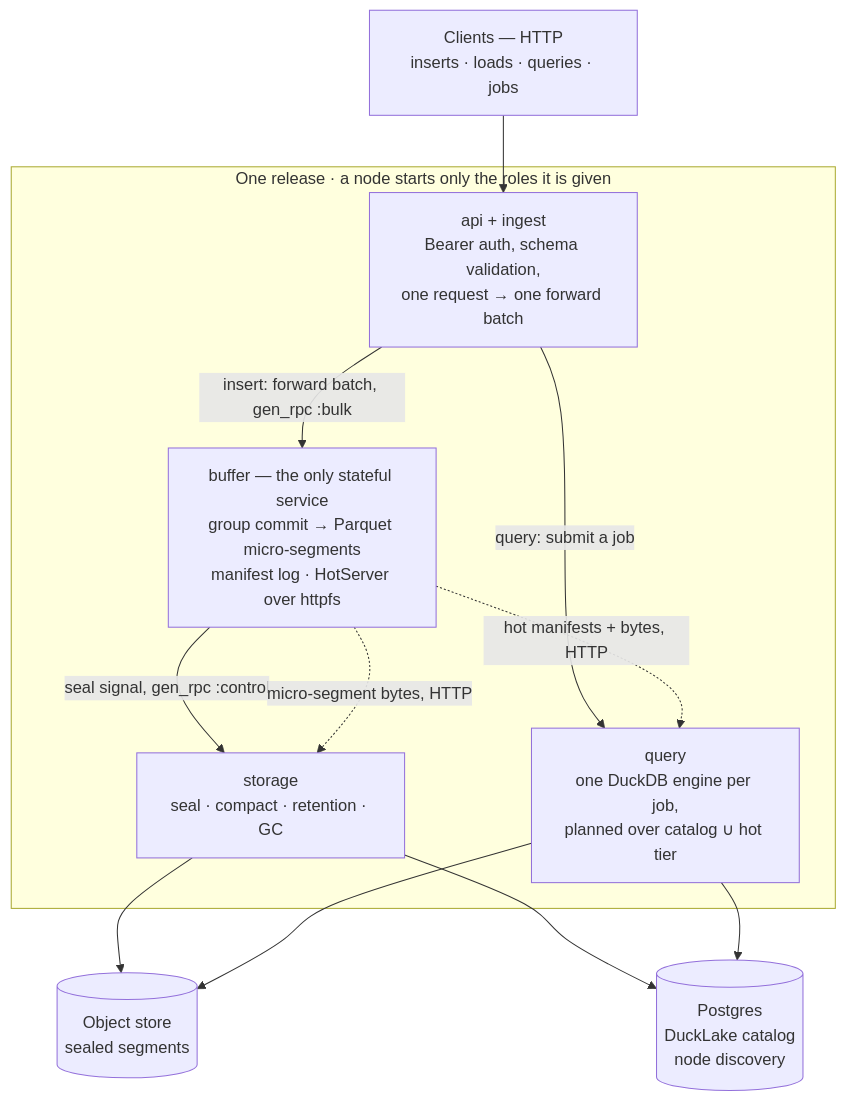
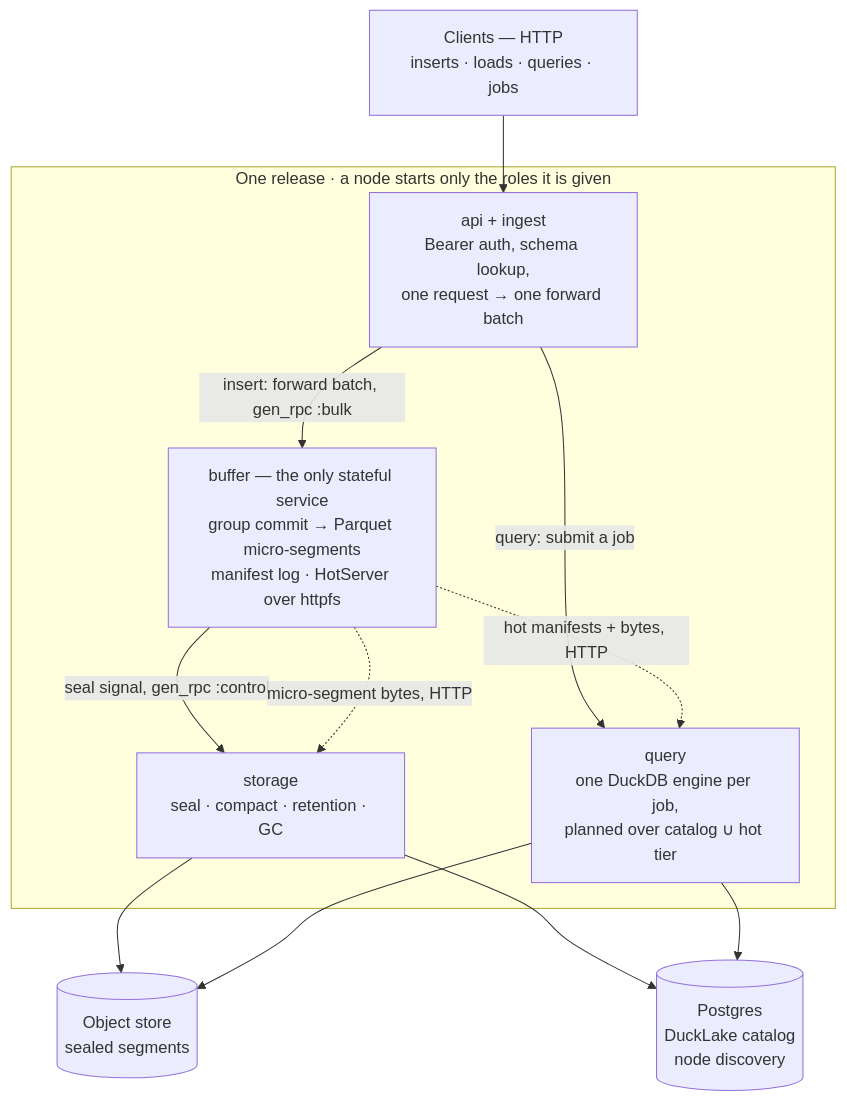
One commit to chasers/smolquery changed the first of 2 diagrams in docs/architecture.md. Above: the diagram before and after it, drawn with Mermaid. The commit also changed other lines of this file and 11 other files, not shown here.

````diff
--- a/docs/architecture.md
+++ b/docs/architecture.md
@@ -12,25 +12,25 @@
 ```mermaid
 flowchart TB
     Clients["Clients — HTTP<br/>inserts · loads · queries · jobs"]
 
     subgraph Fleet["One release · a node starts only the roles it is given"]
-        API["api + ingest<br/>Bearer auth, schema validation,<br/>one request → one forward batch"]
+        API["api + ingest<br/>Bearer auth, schema lookup,<br/>one request → one forward batch"]
         B["buffer — the only stateful service<br/>group commit → Parquet micro-segments<br/>manifest log · HotServer over httpfs"]
         S["storage<br/>seal · compact · retention · GC"]
         Q["query<br/>one DuckDB engine per job,<br/>planned over catalog ∪ hot tier"]
     end
 
     PG[("Postgres<br/>DuckLake catalog<br/>node discovery")]
     OS[("Object store<br/>sealed segments")]
 
     Clients --> API
     API -- "insert: forward batch, gen_rpc :bulk" --> B
     API -- "query: submit a job" --> Q
     B -- "seal signal, gen_rpc :control" --> S
     B -. "micro-segment bytes, HTTP" .-> S
     B -. "hot manifests + bytes, HTTP" .-> Q
     S --> OS
     S --> PG
     Q --> PG
     Q --> OS
 ```
````
